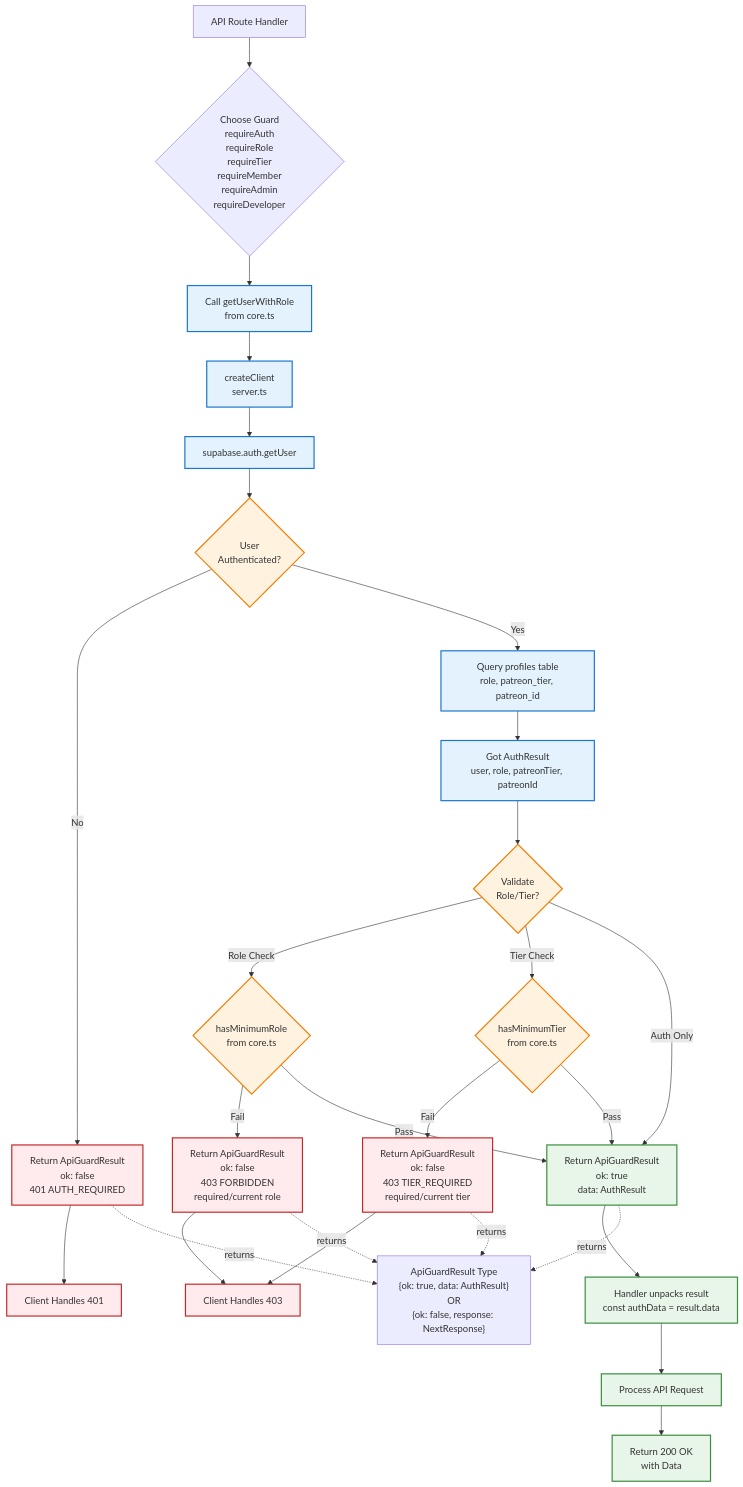
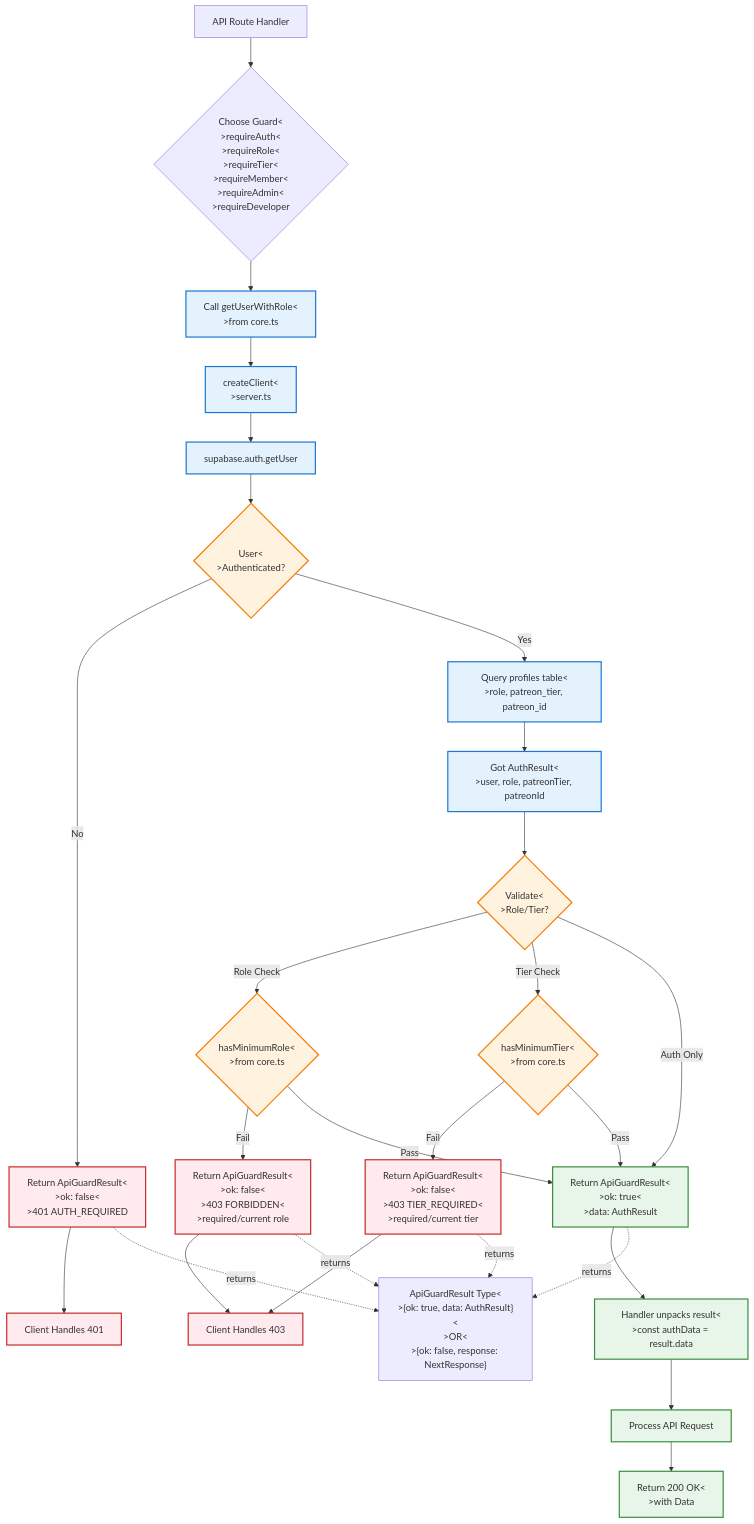
Before and after one commit to the-muppet/defcat-website: the third of 5 diagrams in docs/diagrams/authentication-flow.md, drawn with Mermaid. The commit also changed other lines of this file and 6 other files, not shown here.

Commit message:
Standardize mermaid <br> line breaks in documentation diagrams

````diff
--- a/docs/diagrams/authentication-flow.md
+++ b/docs/diagrams/authentication-flow.md
@@ -120,52 +120,52 @@
 ```mermaid
 flowchart TD
-    Start[API Route Handler] --> RequireAuthAPI{Choose Guard<br/>requireAuth<br/>requireRole<br/>requireTier<br/>requireMember<br/>requireAdmin<br/>requireDeveloper}
+    Start[API Route Handler] --> RequireAuthAPI{Choose Guard<<br>>requireAuth<<br>>requireRole<<br>>requireTier<<br>>requireMember<<br>>requireAdmin<<br>>requireDeveloper}
 
-    RequireAuthAPI --> CoreAuth[Call getUserWithRole<br/>from core.ts]
-    CoreAuth --> CreateClient[createClient<br/>server.ts]
+    RequireAuthAPI --> CoreAuth[Call getUserWithRole<<br>>from core.ts]
+    CoreAuth --> CreateClient[createClient<<br>>server.ts]
     CreateClient --> GetUser[supabase.auth.getUser]
-    GetUser --> UserExists{User<br/>Authenticated?}
+    GetUser --> UserExists{User<<br>>Authenticated?}
 
-    UserExists -->|No| Return401[Return ApiGuardResult<br/>ok: false<br/>401 AUTH_REQUIRED]
-    UserExists -->|Yes| FetchProfile[Query profiles table<br/>role, patreon_tier, patreon_id]
+    UserExists -->|No| Return401[Return ApiGuardResult<<br>>ok: false<<br>>401 AUTH_REQUIRED]
+    UserExists -->|Yes| FetchProfile[Query profiles table<<br>>role, patreon_tier, patreon_id]
 
-    FetchProfile --> ReturnData[Got AuthResult<br/>user, role, patreonTier, patreonId]
-    ReturnData --> ValidateAccess{Validate<br/>Role/Tier?}
+    FetchProfile --> ReturnData[Got AuthResult<<br>>user, role, patreonTier, patreonId]
+    ReturnData --> ValidateAccess{Validate<<br>>Role/Tier?}
 
-    ValidateAccess -->|Role Check| CheckRole{hasMinimumRole<br/>from core.ts}
-    ValidateAccess -->|Tier Check| CheckTier{hasMinimumTier<br/>from core.ts}
+    ValidateAccess -->|Role Check| CheckRole{hasMinimumRole<<br>>from core.ts}
+    ValidateAccess -->|Tier Check| CheckTier{hasMinimumTier<<br>>from core.ts}
     ValidateAccess -->|Auth Only| ReturnSuccess
 
-    CheckRole -->|Fail| Return403Role[Return ApiGuardResult<br/>ok: false<br/>403 FORBIDDEN<br/>required/current role]
-    CheckRole -->|Pass| ReturnSuccess[Return ApiGuardResult<br/>ok: true<br/>data: AuthResult]
-    CheckTier -->|Fail| Return403Tier[Return ApiGuardResult<br/>ok: false<br/>403 TIER_REQUIRED<br/>required/current tier]
+    CheckRole -->|Fail| Return403Role[Return ApiGuardResult<<br>>ok: false<<br>>403 FORBIDDEN<<br>>required/current role]
+    CheckRole -->|Pass| ReturnSuccess[Return ApiGuardResult<<br>>ok: true<<br>>data: AuthResult]
+    CheckTier -->|Fail| Return403Tier[Return ApiGuardResult<<br>>ok: false<<br>>403 TIER_REQUIRED<<br>>required/current tier]
     CheckTier -->|Pass| ReturnSuccess
 
-    ReturnSuccess --> UnpackResult[Handler unpacks result<br/>const authData = result.data]
+    ReturnSuccess --> UnpackResult[Handler unpacks result<<br>>const authData = result.data]
     UnpackResult --> ProcessRequest[Process API Request]
 
     Return401 --> ClientHandles401[Client Handles 401]
     Return403Role --> ClientHandles403[Client Handles 403]
     Return403Tier --> ClientHandles403
 
-    ProcessRequest --> SuccessResponse[Return 200 OK<br/>with Data]
+    ProcessRequest --> SuccessResponse[Return 200 OK<<br>>with Data]
 
     %% Guard Result Type
-    GuardResult["ApiGuardResult Type<br/>{ok: true, data: AuthResult}<br/>OR<br/>{ok: false, response: NextResponse}"]
+    GuardResult["ApiGuardResult Type<<br>>{ok: true, data: AuthResult}<<br>>OR<<br>>{ok: false, response: NextResponse}"]
 
     ReturnSuccess -.returns.-> GuardResult
     Return401 -.returns.-> GuardResult
     Return403Role -.returns.-> GuardResult
     Return403Tier -.returns.-> GuardResult
 
     %% Styling
     classDef success fill:#e8f5e9,stroke:#388e3c,stroke-width:2px
     classDef error fill:#ffebee,stroke:#c62828,stroke-width:2px
     classDef process fill:#e3f2fd,stroke:#1976d2,stroke-width:2px
     classDef decision fill:#fff3e0,stroke:#f57c00,stroke-width:2px
 
     class ProcessRequest,SuccessResponse,ReturnSuccess,UnpackResult success
     class Return401,Return403Role,Return403Tier,ClientHandles401,ClientHandles403 error
     class CreateClient,GetUser,FetchProfile,CoreAuth,ReturnData process
     class UserExists,CheckRole,CheckTier,ValidateAccess decision
 ```
````
